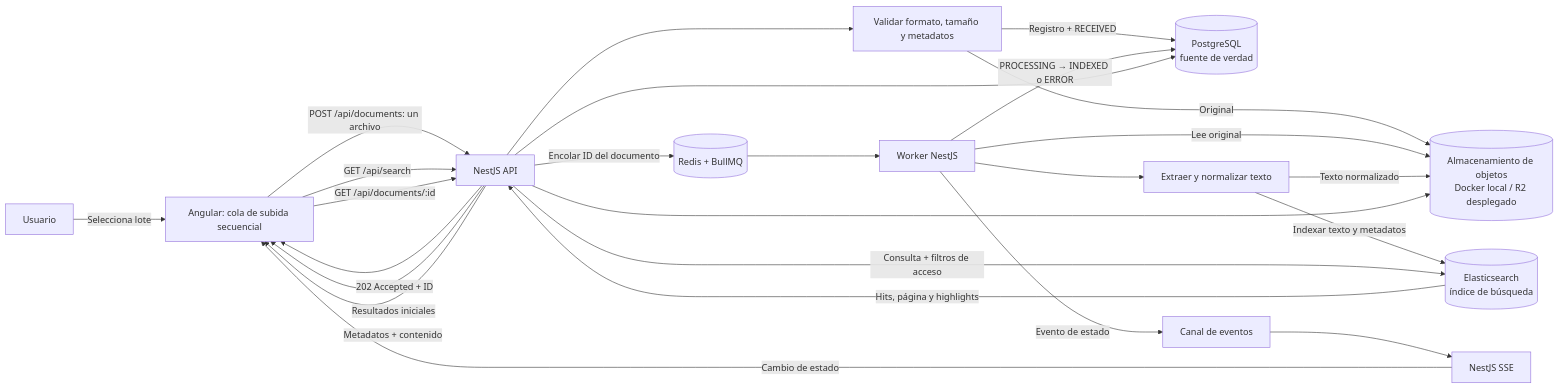
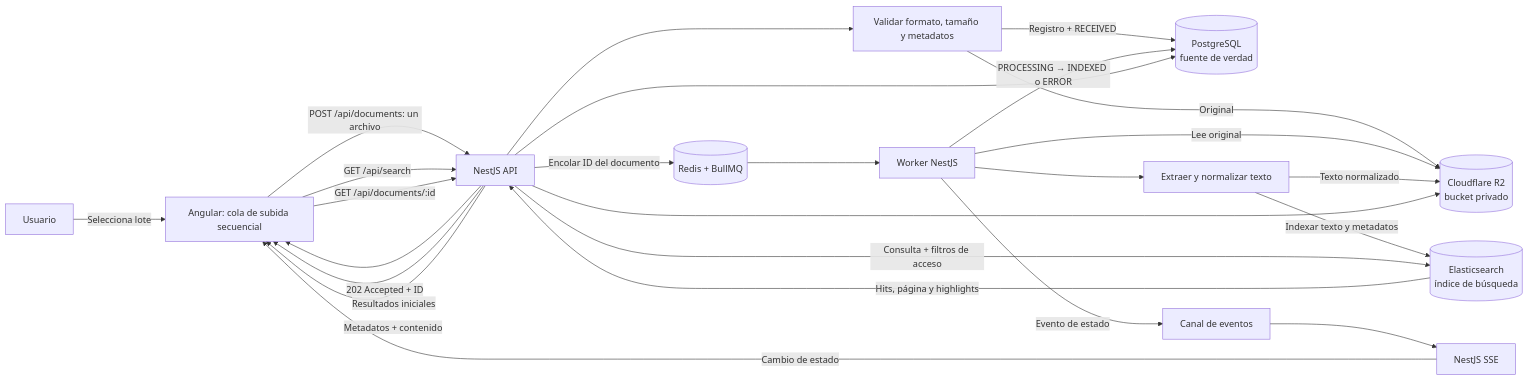
Before and after one commit to jeissonlazo/technical_document_search_and_view: the diagram in docs/architecture.md, drawn with Mermaid. The commit also changed other lines of this file and 97 other files, not shown here.

````diff
--- a/docs/architecture.md
+++ b/docs/architecture.md
@@ -26,27 +27,27 @@
 ```mermaid
 flowchart LR
     U[Usuario] -->|Selecciona lote| A[Angular: cola de subida secuencial]
     A -->|POST /api/documents: un archivo| API[NestJS API]
     API --> V[Validar formato, tamaño y metadatos]
-    V -->|Original| OS[(Almacenamiento de objetos<br/>Docker local / R2 desplegado)]
+    V -->|Original| OS[(Cloudflare R2<br/>bucket privado)]
     V -->|Registro + RECEIVED| PG[(PostgreSQL<br/>fuente de verdad)]
     API -->|Encolar ID del documento| R[(Redis + BullMQ)]
     API -->|202 Accepted + ID| A
     R --> W[Worker NestJS]
     W -->|Lee original| OS
     W --> X[Extraer y normalizar texto]
     X -->|Texto normalizado| OS
     X -->|Indexar texto y metadatos| ES[(Elasticsearch<br/>índice de búsqueda)]
     W -->|PROCESSING → INDEXED o ERROR| PG
     W -->|Evento de estado| BUS[Canal de eventos]
     BUS --> SSE[NestJS SSE]
     SSE -->|Cambio de estado| A
     A -->|GET /api/search| API
     API -->|Consulta + filtros de acceso| ES
     ES -->|Hits, página y highlights| API
     API -->|Resultados iniciales| A
     A -->|GET /api/documents/:id| API
     API --> PG
     API --> OS
     API -->|Metadatos + contenido| A
 ```
````
